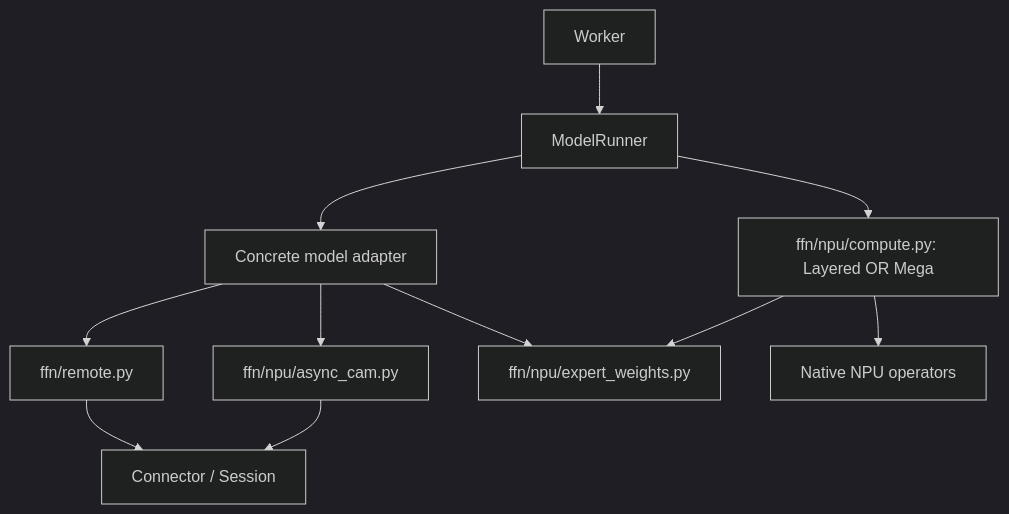
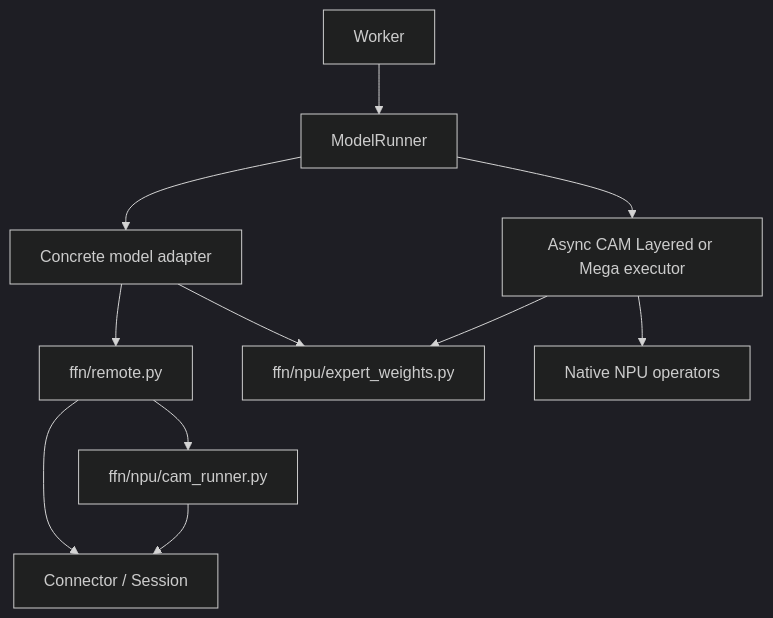
The first of 2 diagrams in docs/design/module/model_integration.md (vllm-project/afd-plugin), drawn with Mermaid (dark theme) before and after one commit. The commit also changed other lines of this file and 15 other files, not shown here.

Commit message:
Move DeepSeek V4 Async CAM dispatch and combine into its MoE runner

````diff
--- a/docs/design/module/model_integration.md
+++ b/docs/design/module/model_integration.md
@@ -83,13 +84,13 @@
 ```mermaid
 flowchart TD
     Worker[Worker] --> Runner[ModelRunner]
     Runner --> Model[Concrete model adapter]
     Model --> Remote[ffn/remote.py]
     Remote --> Connector[Connector / Session]
-    Model --> CAM[ffn/npu/async_cam.py]
+    Remote --> CAM[ffn/npu/cam_runner.py]
     CAM --> Connector
     Model --> Weights[ffn/npu/expert_weights.py]
-    Runner --> Compute[ffn/npu/compute.py: Layered OR Mega]
+    Runner --> Compute[Async CAM Layered or Mega executor]
     Compute --> Weights
     Compute --> Native[Native NPU operators]
 ```
````
